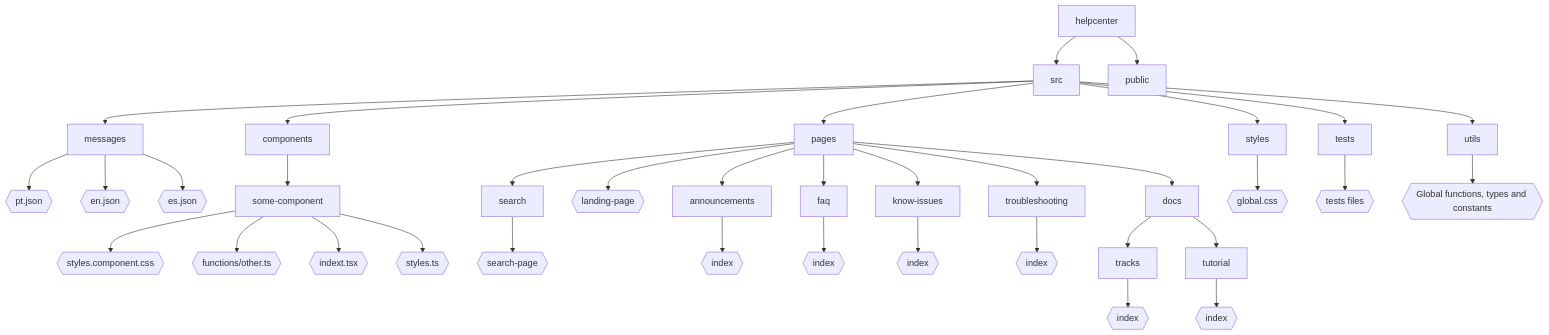
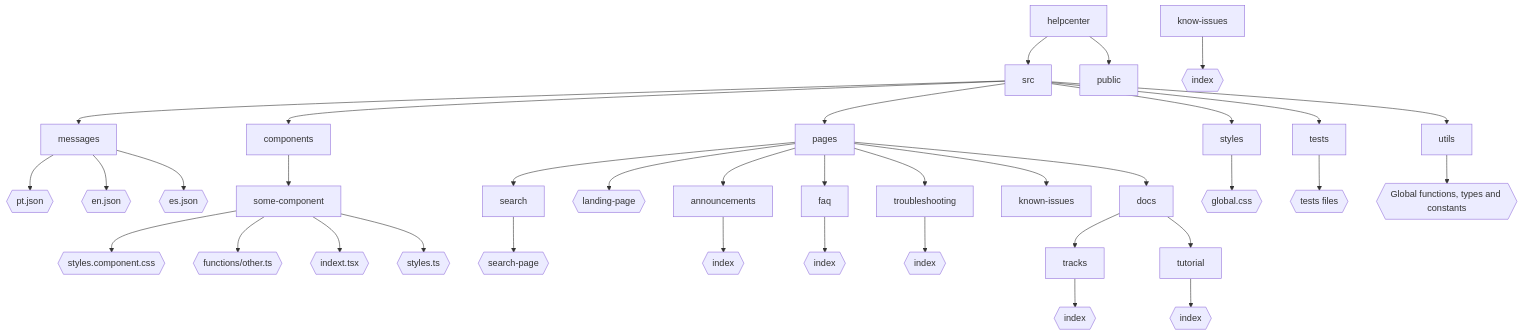
Before and after one commit to vtexdocs/helpcenter: the second of 2 diagrams in README.md, drawn with Mermaid.

````diff
--- a/README.md
+++ b/README.md
@@ -101,19 +101,19 @@
 ```mermaid
 flowchart TB
     helpcenter --> src & public
     src --> messages & components & pages & styles & utils & tests
     messages --> ptJson{{pt.json}} & enJson{{en.json}} & esJson{{es.json}}
     components --> some-component --> stylesCompCss{{styles.component.css}} & compOther{{functions/other.ts}} & compIndex{{indext.tsx}} & compStyle{{styles.ts}}
-    pages --> search & pagesLanding{{landing-page}} & announcements & docs & faq & know-issues & troubleshooting
+    pages --> search & pagesLanding{{landing-page}} & announcements & docs & faq & known-issues & troubleshooting
     search --> searchSearchPage{{search-page}}
     announcements --> announcementsIndex{{index}}
     faq --> faqsIndex{{index}}
     know-issues --> knowissuesIndex{{index}}
     troubleshooting --> troubleshootingIndex{{index}}
     docs --> tracks & tutorial
     tracks --> tracksIndex{{index}}
     tutorial --> tutorialIndex{{index}}
     styles --> stylesGlobal{{global.css}}
     tests --> testsChildren{{tests files}}
     utils --> utilsChildren{{Global functions, types and constants}}
 ```
````
